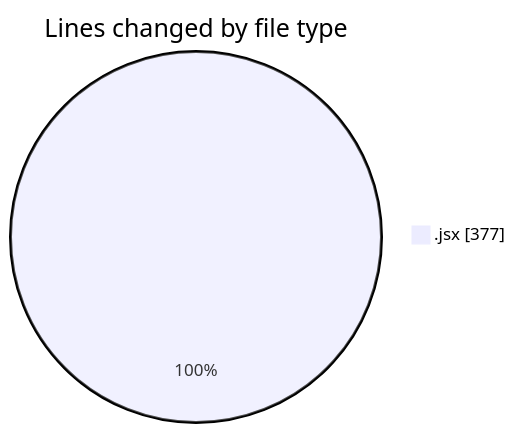
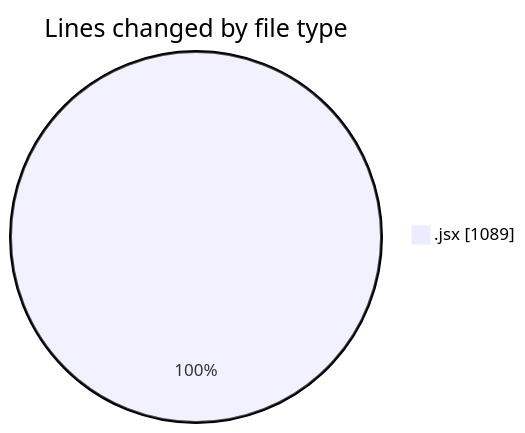
The first of 2 diagrams in 2025-11-18/nxtqube_webapp/README.md (nxtqubesakshisongat/code-tracking), drawn with Mermaid before and after one commit. The commit also changed other lines of this file and 1 other file, not shown here.

````diff
--- a/2025-11-18/nxtqube_webapp/README.md
+++ b/2025-11-18/nxtqube_webapp/README.md
@@ -20,5 +21,5 @@
 ```mermaid
 pie showData
 title Lines changed by file type
-".jsx" : 377
+".jsx" : 1089
 ```
````
